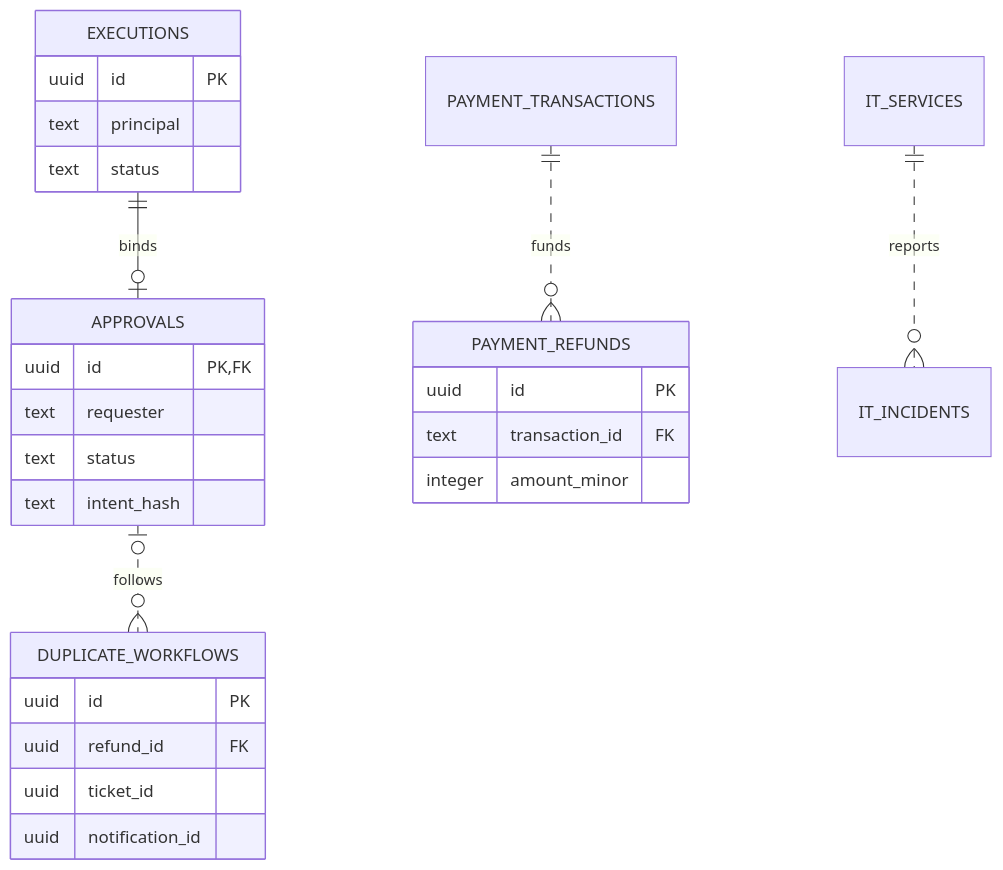
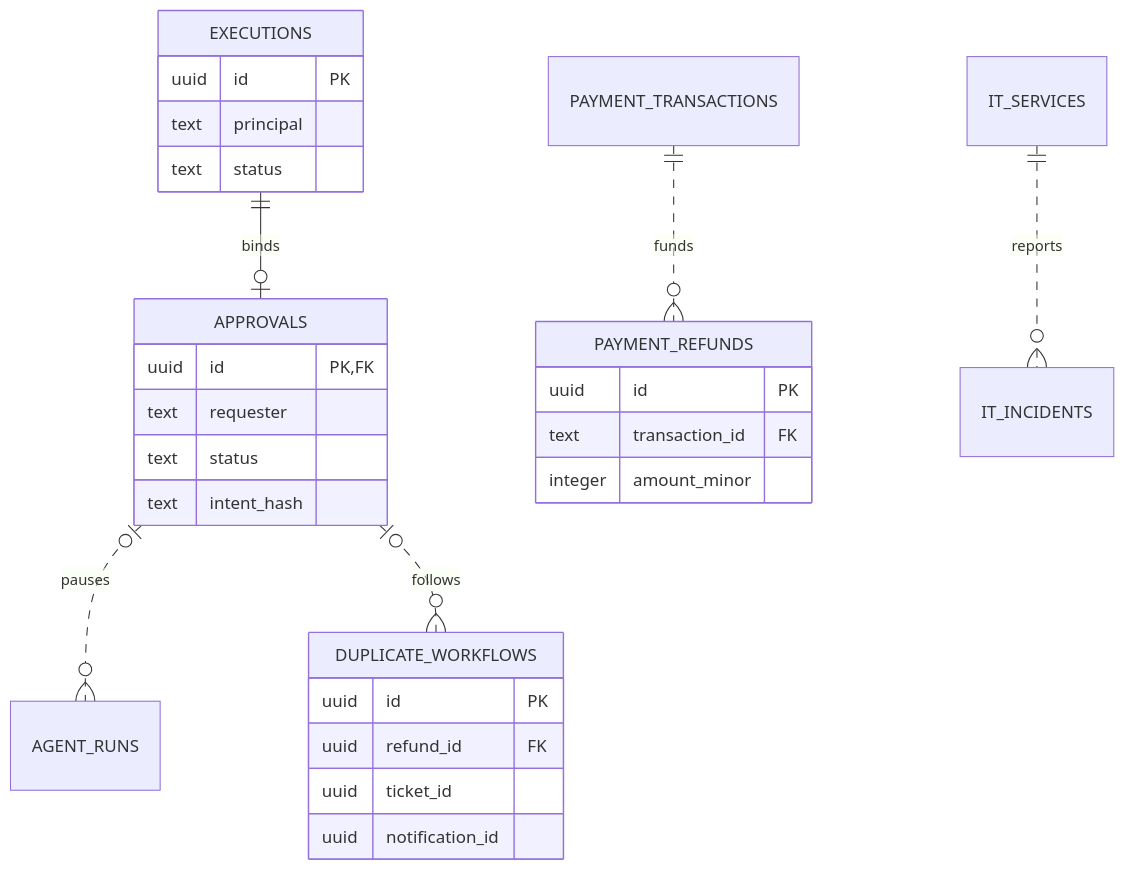
The eighth of 11 diagrams in docs/architecture.md (NagaRamya1531-tech/ToolMesh-AI), drawn with Mermaid before and after one commit. The commit also changed other lines of this file and 53 other files, not shown here.

````diff
--- a/docs/architecture.md
+++ b/docs/architecture.md
@@ -222,29 +223,30 @@
 ```mermaid
 erDiagram
     EXECUTIONS ||--o| APPROVALS : binds
+    APPROVALS o|..o{ AGENT_RUNS : pauses
     APPROVALS o|..o{ DUPLICATE_WORKFLOWS : follows
     PAYMENT_TRANSACTIONS ||..o{ PAYMENT_REFUNDS : funds
     IT_SERVICES ||..o{ IT_INCIDENTS : reports
     EXECUTIONS {
         uuid id PK
         text principal
         text status
     }
     APPROVALS {
         uuid id PK, FK
         text requester
         text status
         text intent_hash
     }
     DUPLICATE_WORKFLOWS {
         uuid id PK
         uuid refund_id FK
         uuid ticket_id
         uuid notification_id
     }
     PAYMENT_REFUNDS {
         uuid id PK
         text transaction_id FK
         integer amount_minor
     }
 ```
````
